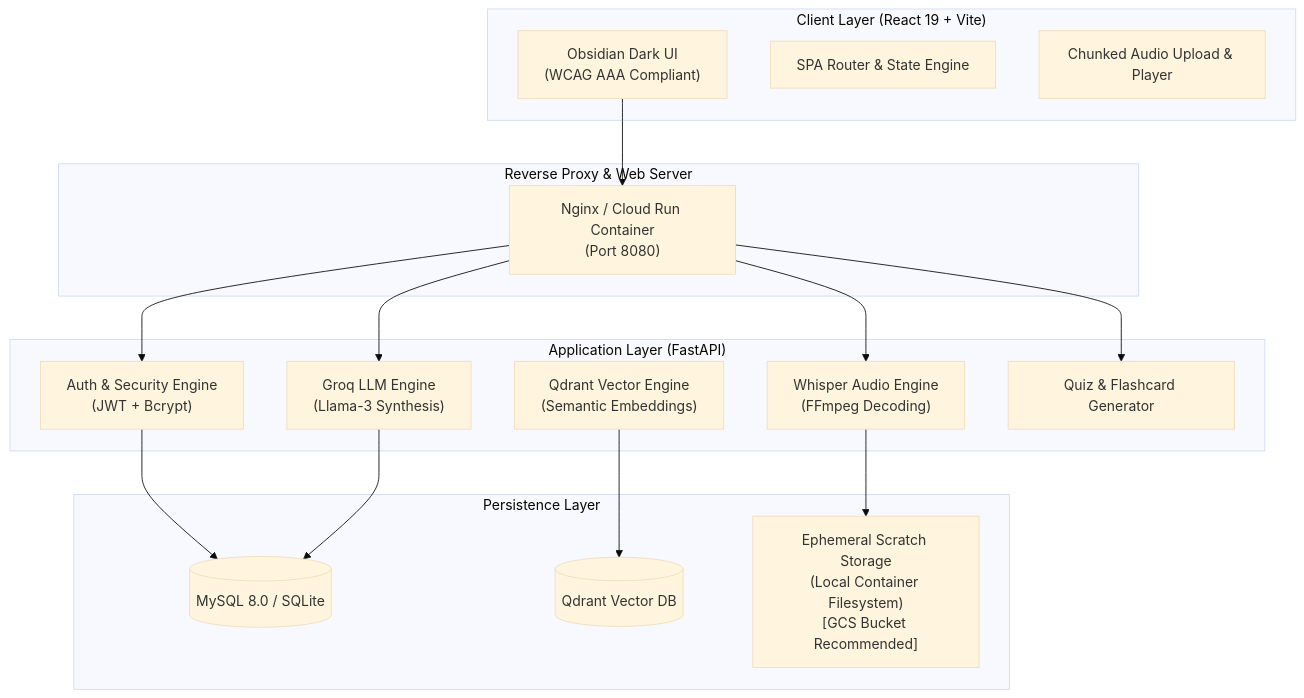
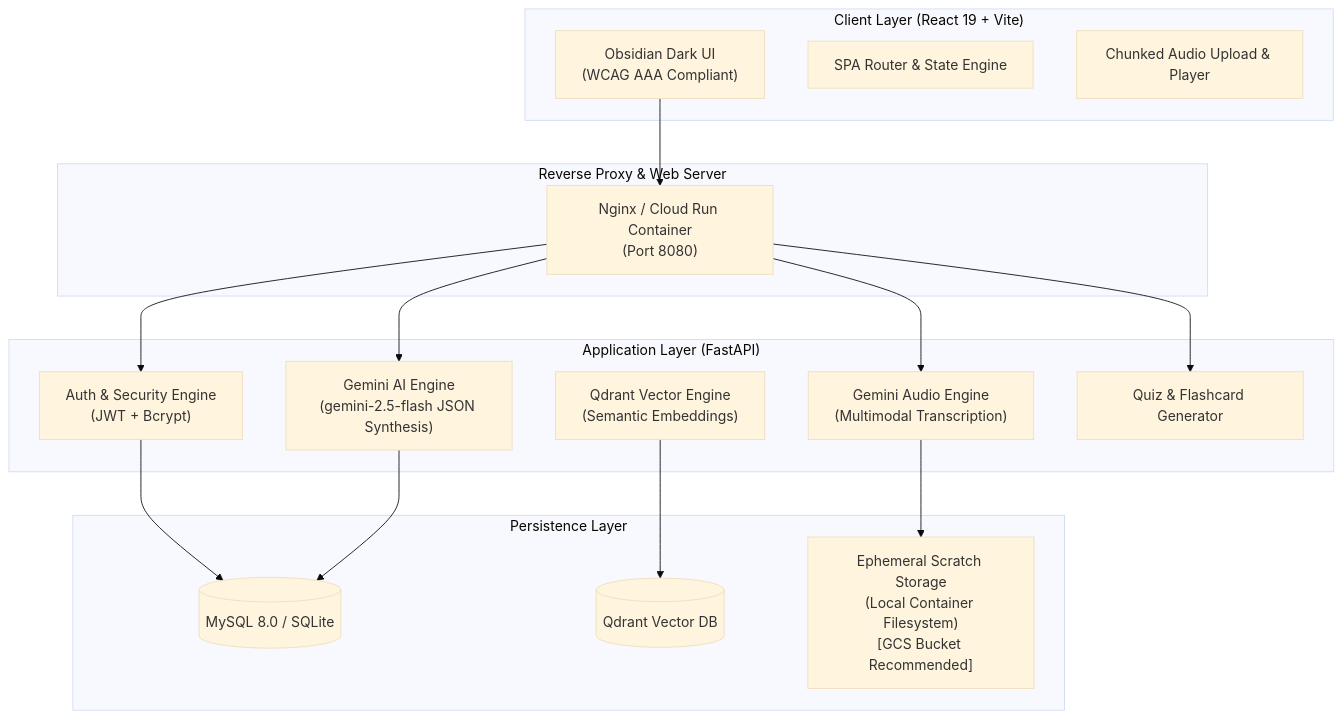
Before and after one commit to utsav890/SmartNotesGenerator: the diagram in README.md, drawn with Mermaid (base theme). The commit also changed other lines of this file and 28 other files, not shown here.

````diff
--- a/README.md
+++ b/README.md
@@ -31,37 +31,37 @@
 ```mermaid
 flowchart TD
     subgraph Client ["Client Layer (React 19 + Vite)"]
         UI["Obsidian Dark UI\n(WCAG AAA Compliant)"]
         Router["SPA Router & State Engine"]
         AudioUploader["Chunked Audio Upload & Player"]
     end
 
     subgraph Gateway ["Reverse Proxy & Web Server"]
         Nginx["Nginx / Cloud Run Container\n(Port 8080)"]
     end
 
     subgraph Backend ["Application Layer (FastAPI)"]
         AuthSvc["Auth & Security Engine\n(JWT + Bcrypt)"]
-        TranscribeSvc["Whisper Audio Engine\n(FFmpeg Decoding)"]
-        LLMSvc["Groq LLM Engine\n(Llama-3 Synthesis)"]
+        TranscribeSvc["Gemini Audio Engine\n(Multimodal Transcription)"]
+        LLMSvc["Gemini AI Engine\n(gemini-2.5-flash JSON Synthesis)"]
         VectorSvc["Qdrant Vector Engine\n(Semantic Embeddings)"]
         QuizEngine["Quiz & Flashcard Generator"]
     end
 
     subgraph Storage ["Persistence Layer"]
         DB[(MySQL 8.0 / SQLite)]
         VectorDB[(Qdrant Vector DB)]
         DiskStore["Ephemeral Scratch Storage\n(Local Container Filesystem)\n[GCS Bucket Recommended]"]
     end
 
     UI --> Nginx
     Nginx --> AuthSvc
     Nginx --> TranscribeSvc
     Nginx --> LLMSvc
     Nginx --> QuizEngine
     
     AuthSvc --> DB
     TranscribeSvc --> DiskStore
     LLMSvc --> DB
     VectorSvc --> VectorDB
 ```
````
